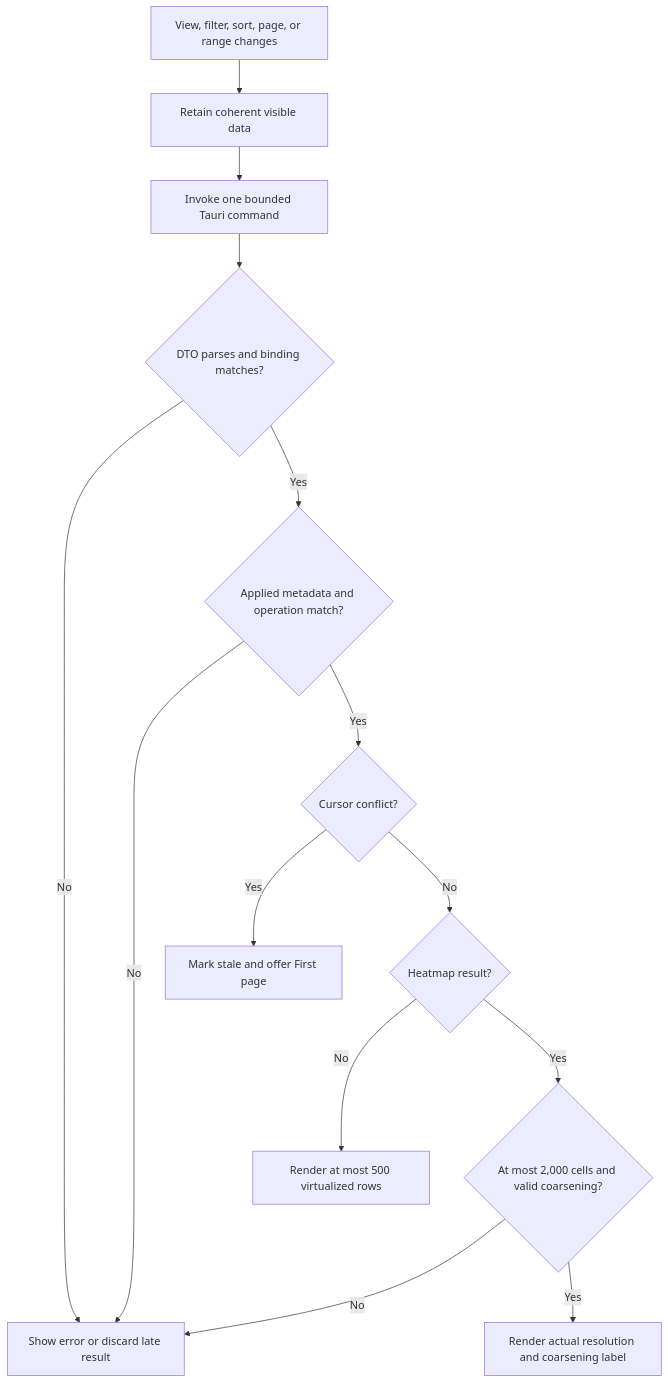
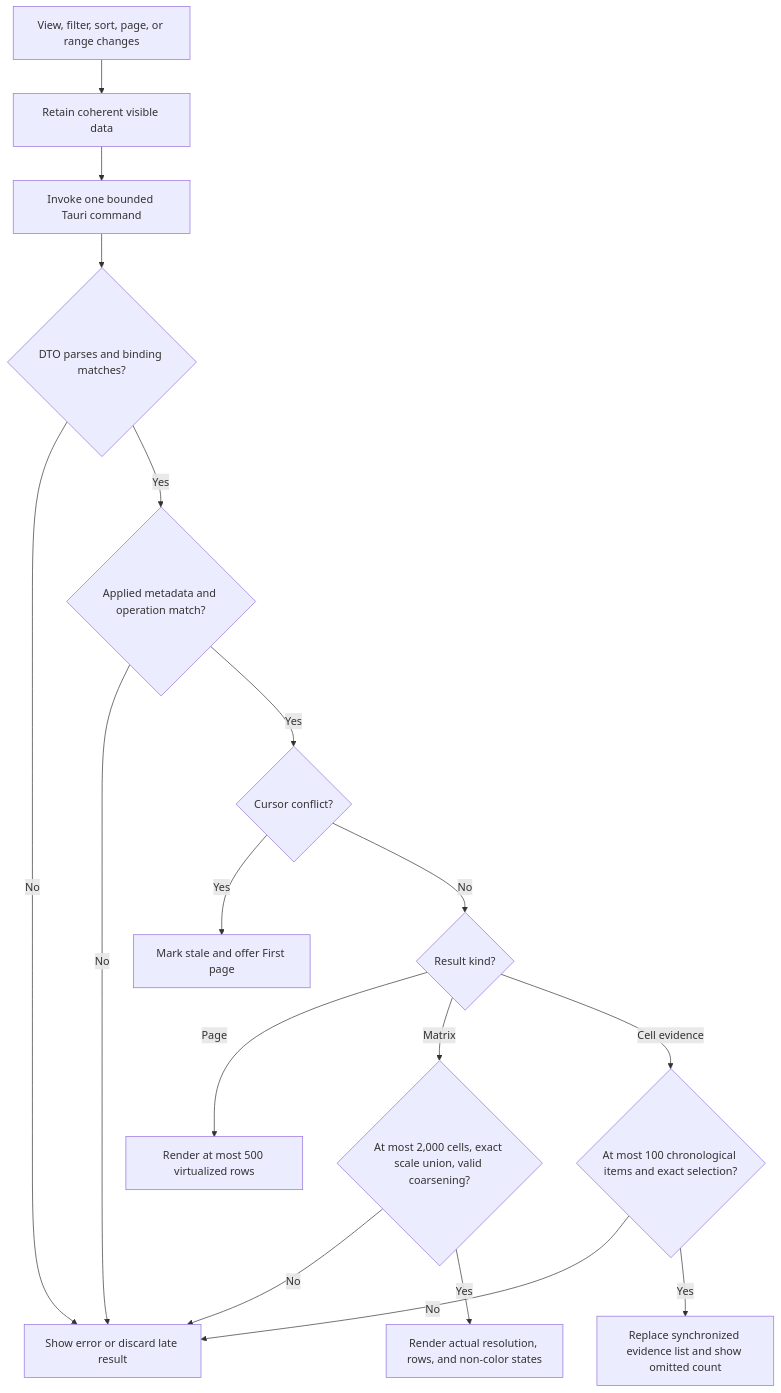
One commit to martinbechard/agent-runner changed the fourth of 5 diagrams in docs/design/components/CD-005-agent-report-dynamic-workspace.md. Above: the diagram before and after it, drawn with Mermaid. The commit also changed other lines of this file and 1 other file, not shown here.

Commit message:
docs(report): reconcile heatmap protocol and workspace

````diff
--- a/docs/design/components/CD-005-agent-report-dynamic-workspace.md
+++ b/docs/design/components/CD-005-agent-report-dynamic-workspace.md
@@ -1371,16 +1484,19 @@
 ```mermaid
 flowchart TD
   Trigger[View, filter, sort, page, or range changes] --> Retain[Retain coherent visible data]
   Retain --> Invoke[Invoke one bounded Tauri command]
   Invoke --> Parsed{DTO parses and binding matches?}
   Parsed -- No --> Reject[Show error or discard late result]
   Parsed -- Yes --> Metadata{Applied metadata and operation match?}
   Metadata -- No --> Reject
   Metadata -- Yes --> Conflict{Cursor conflict?}
   Conflict -- Yes --> Restart[Mark stale and offer First page]
-  Conflict -- No --> Kind{Heatmap result?}
-  Kind -- No --> Page[Render at most 500 virtualized rows]
-  Kind -- Yes --> Buckets{At most 2,000 cells and valid coarsening?}
-  Buckets -- No --> Reject
-  Buckets -- Yes --> Heatmap[Render actual resolution and coarsening label]
+  Conflict -- No --> Kind{Result kind?}
+  Kind -- Page --> Page[Render at most 500 virtualized rows]
+  Kind -- Matrix --> Cells{At most 2,000 cells, exact scale union, valid coarsening?}
+  Cells -- No --> Reject
+  Cells -- Yes --> Heatmap[Render actual resolution, rows, and non-color states]
+  Kind -- Cell evidence --> Evidence{At most 100 chronological items and exact selection?}
+  Evidence -- No --> Reject
+  Evidence -- Yes --> Ledger[Replace synchronized evidence list and show omitted count]
 ```
````
